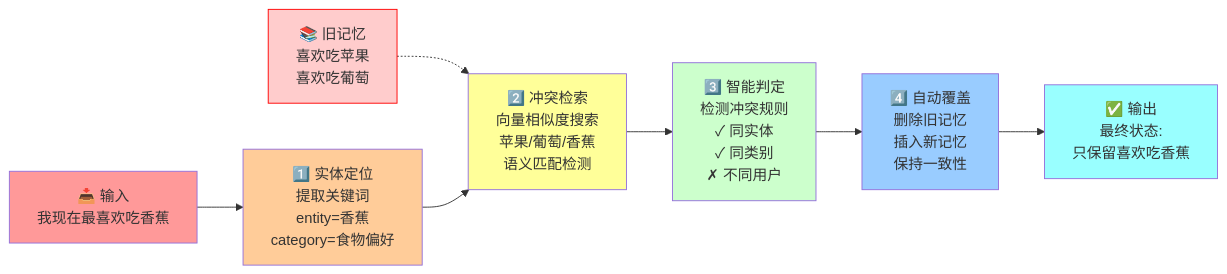
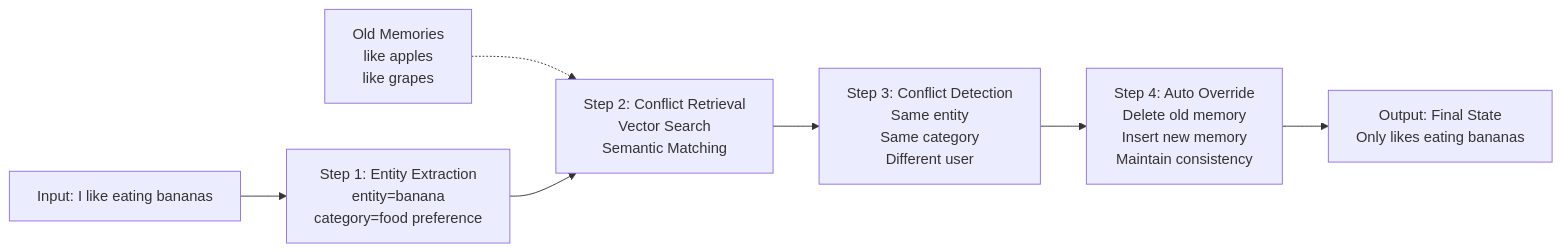
One commit to Vedaru/vedarublog.github.io changed the second of 2 diagrams in src/content/posts/local-project.md. Above: the diagram before and after it, drawn with Mermaid. The commit also changed other lines of this file, not shown here.

````diff
--- a/src/content/posts/local-project.md
+++ b/src/content/posts/local-project.md
@@ -236,22 +224,14 @@
 ```mermaid
 graph LR
-    INPUT["📥 输入<br/>我现在最喜欢吃香蕉"] --> STEP1["1️⃣ 实体定位<br/>提取关键词<br/>entity=香蕉<br/>category=食物偏好"]
+    INPUT["Input: I like eating bananas"] --> STEP1["Step 1: Entity Extraction<br/>entity=banana<br/>category=food preference"]
     
-    OLDMEM["📚 旧记忆<br/>喜欢吃苹果<br/>喜欢吃葡萄"] -.-> STEP2
+    OLDMEM["Old Memories<br/>like apples<br/>like grapes"] -.-> STEP2
     
-    STEP1 --> STEP2["2️⃣ 冲突检索<br/>向量相似度搜索<br/>苹果/葡萄/香蕉<br/>语义匹配检测"]
+    STEP1 --> STEP2["Step 2: Conflict Retrieval<br/>Vector Search<br/>Semantic Matching"]
     
-    STEP2 --> STEP3["3️⃣ 智能判定<br/>检测冲突规则<br/>✓ 同实体<br/>✓ 同类别<br/>✗ 不同用户"]
+    STEP2 --> STEP3["Step 3: Conflict Detection<br/>Same entity<br/>Same category<br/>Different user"]
     
-    STEP3 --> STEP4["4️⃣ 自动覆盖<br/>删除旧记忆<br/>插入新记忆<br/>保持一致性"]
+    STEP3 --> STEP4["Step 4: Auto Override<br/>Delete old memory<br/>Insert new memory<br/>Maintain consistency"]
     
-    STEP4 --> OUTPUT["✅ 输出<br/>最终状态:<br/>只保留喜欢吃香蕉"]
-    
-    style INPUT fill:#ff9999
-    style STEP1 fill:#ffcc99
-    style STEP2 fill:#ffff99
-    style STEP3 fill:#ccffcc
-    style STEP4 fill:#99ccff
-    style OUTPUT fill:#99ffff
-    style OLDMEM fill:#ffcccc,stroke:#ff0000
+    STEP4 --> OUTPUT["Output: Final State<br/>Only likes eating bananas"]
 ```
````
